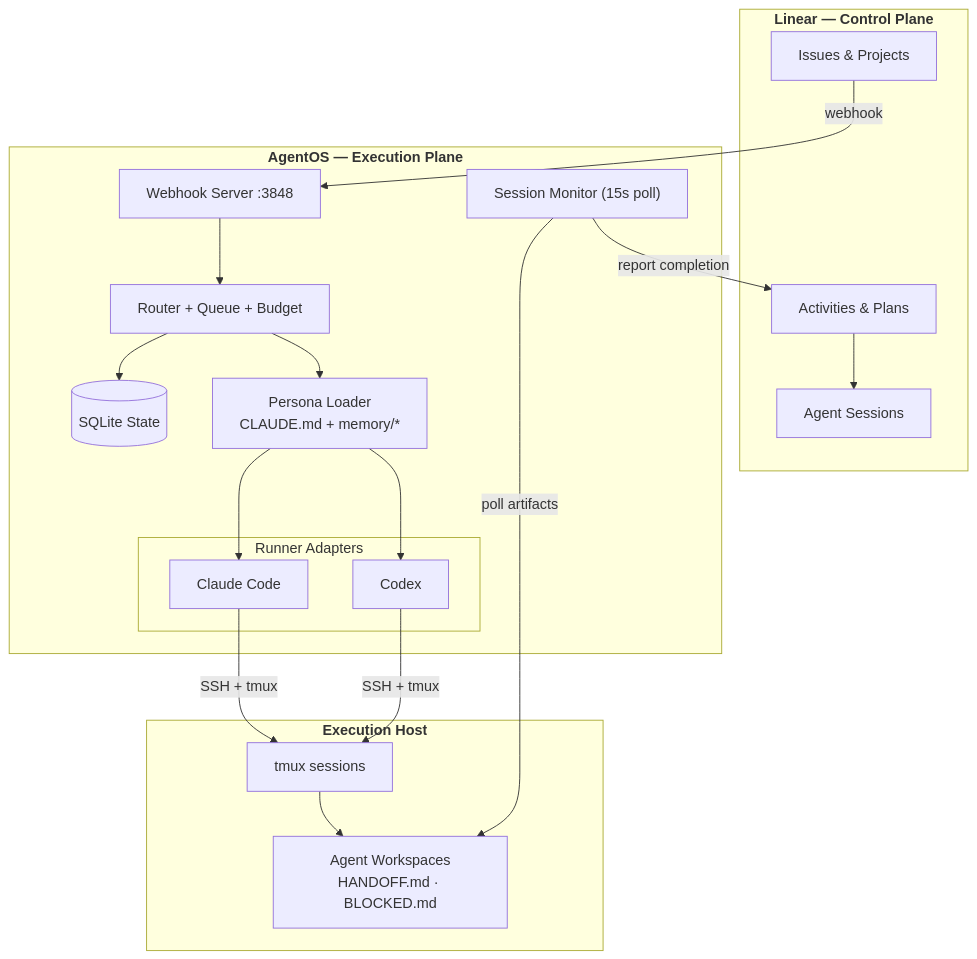
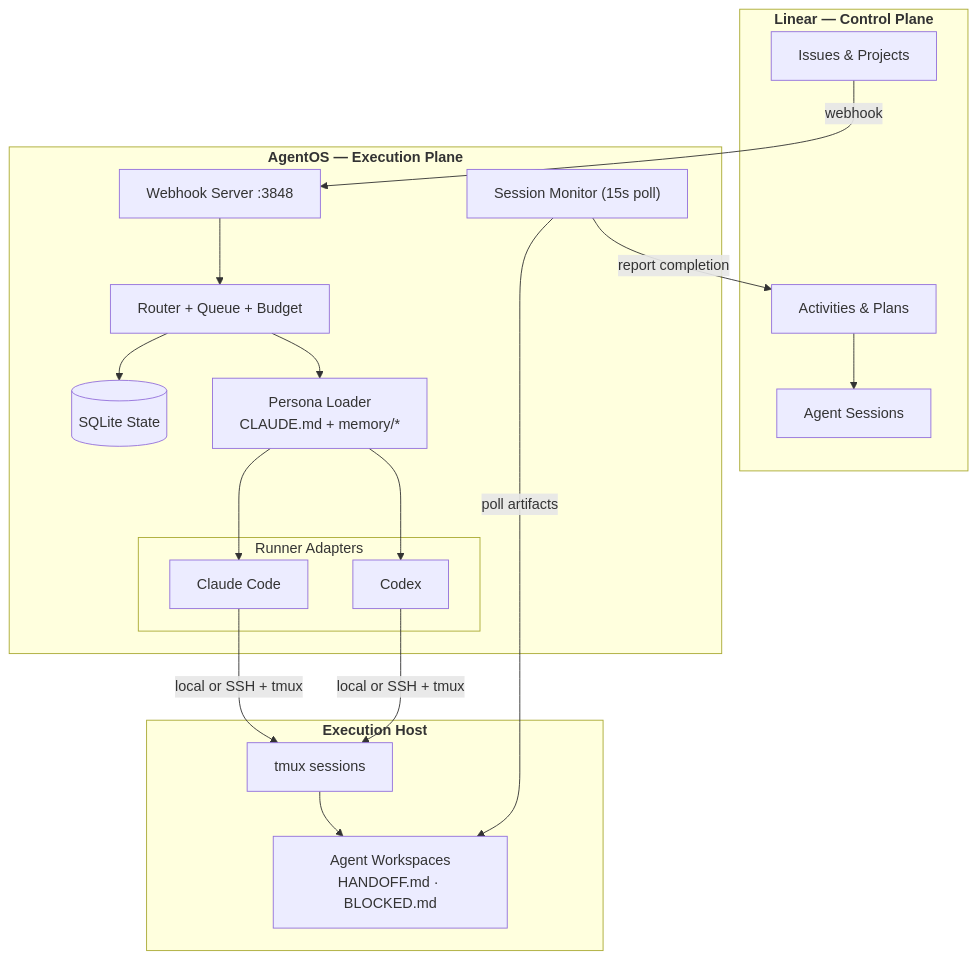
The diagram in README.md (zzhiyuann/agentos), drawn with Mermaid before and after one commit. The commit also changed other lines of this file and 8 other files, not shown here.

````diff
--- a/README.md
+++ b/README.md
@@ -59,38 +62,38 @@
 ```mermaid
 graph TB
     subgraph Linear["<b>Linear — Control Plane</b>"]
         Issues["Issues & Projects"]
         Sessions["Agent Sessions"]
         Activities["Activities & Plans"]
     end
 
     subgraph AgentOS["<b>AgentOS — Execution Plane</b>"]
         Webhook["Webhook Server :3848"]
         Router["Router + Queue + Budget"]
         Monitor["Session Monitor (15s poll)"]
 
         subgraph Adapters["Runner Adapters"]
             CC["Claude Code"]
             Codex["Codex"]
         end
 
         DB[("SQLite State")]
         Personas["Persona Loader<br/>CLAUDE.md + memory/*"]
     end
 
     subgraph Execution["<b>Execution Host</b>"]
         tmux["tmux sessions"]
         WS["Agent Workspaces<br/>HANDOFF.md · BLOCKED.md"]
     end
 
     Issues -->|webhook| Webhook
     Webhook --> Router
     Router --> Personas
     Personas --> CC & Codex
-    CC & Codex -->|SSH + tmux| tmux
+    CC & Codex -->|"local or SSH + tmux"| tmux
     tmux --> WS
     Monitor -->|poll artifacts| WS
     Monitor -->|"report completion"| Activities
     Activities --> Sessions
     Router --> DB
 ```
````
